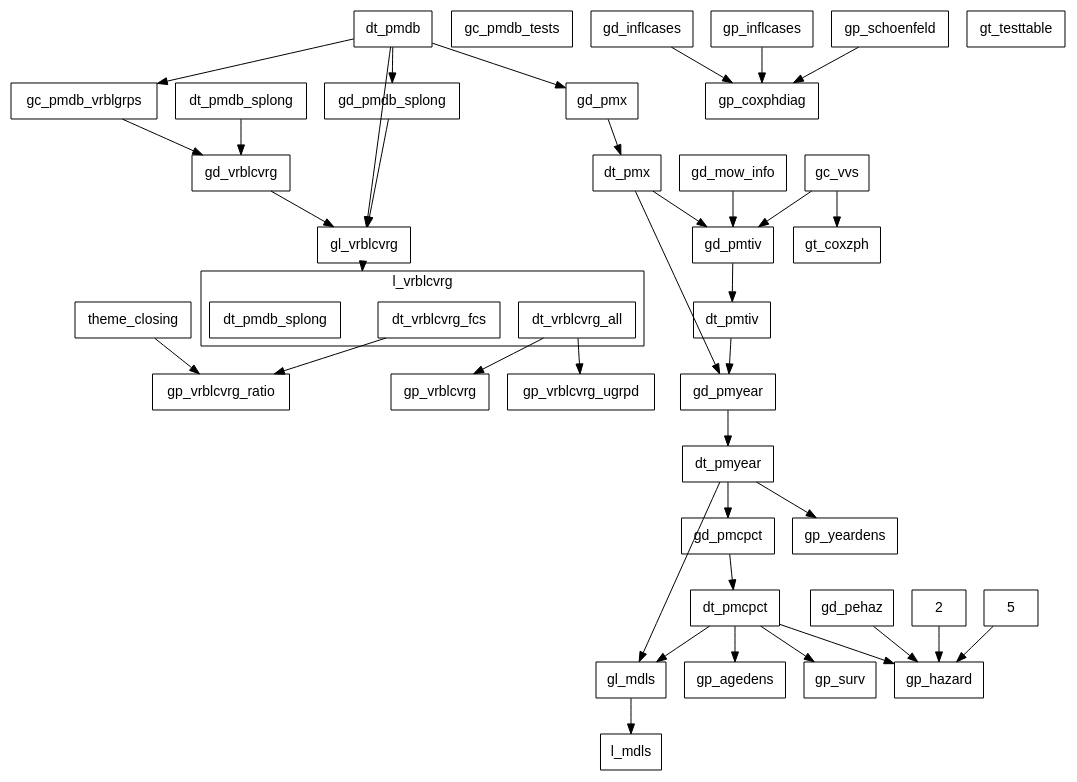
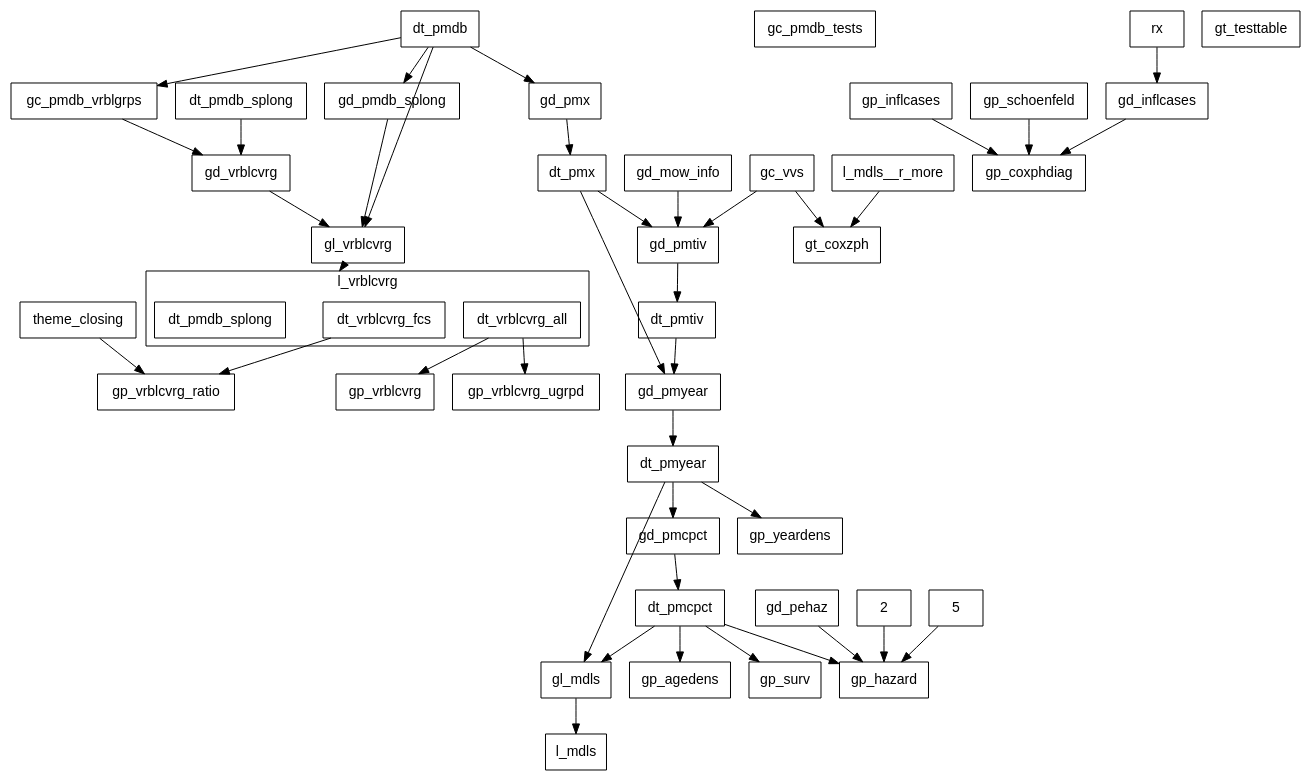
Before and after one commit to swhalemwo/pm_closing: the diagram in misc/callgraph2.dot, drawn with Graphviz. The commit also changed 1 other file, not shown here.

```diff
--- a/misc/callgraph2.dot
+++ b/misc/callgraph2.dot
@@ -1,86 +1,90 @@
 digraph D {
  compound = true;
  splines = false; fontname=helvetica;
  node [shape=box, fontsize = 14, fontname=helvetica];
  edge [style = solid];
  
  subgraph cluster_l_vrblcvrg {
  label = "l_vrblcvrg";
  l_vrblcvrg__dt_vrblcvrg_all [label=dt_vrblcvrg_all]; 
 l_vrblcvrg__dt_vrblcvrg_fcs [label=dt_vrblcvrg_fcs]; 
 l_vrblcvrg [label = "", color=transparent, width=0, height=0]; 
 l_vrblcvrg__dt_pmdb_splong [label=dt_pmdb_splong] 
 } 
  gc_pmdb_tests; 
 gc_pmdb_vrblgrps; 
 gc_vvs; 
 gd_inflcases; 
 gd_mow_info; 
 gd_pehaz; 
 gd_pmcpct; 
 gd_pmdb_splong; 
 gd_pmtiv; 
 gd_pmx; 
 gd_pmyear; 
 gd_vrblcvrg; 
 gl_mdls; 
 gl_vrblcvrg; 
 gp_agedens; 
 gp_coxphdiag; 
 gp_hazard; 
 gp_inflcases; 
 gp_schoenfeld; 
 gp_surv; 
 gp_vrblcvrg; 
 gp_vrblcvrg_ratio; 
 gp_vrblcvrg_ugrpd; 
 gp_yeardens; 
 gt_coxzph; 
 gt_testtable; 
 theme_closing; 
 dt_pmdb; 
 dt_pmdb_splong; 
 dt_pmx; 
 dt_pmtiv; 
 dt_pmyear; 
 dt_pmcpct; 
 2; 
 5; 
+l_mdls__r_more; 
+rx; 
 l_mdls 
  2 -> gp_hazard; 
 5 -> gp_hazard; 
 dt_pmcpct -> gl_mdls; 
 dt_pmcpct -> gp_agedens; 
 dt_pmcpct -> gp_hazard; 
 dt_pmcpct -> gp_surv; 
 dt_pmdb -> gc_pmdb_vrblgrps; 
 dt_pmdb -> gd_pmdb_splong; 
 dt_pmdb -> gd_pmx; 
 dt_pmdb -> gl_vrblcvrg; 
 dt_pmdb_splong -> gd_vrblcvrg; 
 dt_pmtiv -> gd_pmyear; 
 dt_pmx -> gd_pmtiv; 
 dt_pmx -> gd_pmyear; 
 dt_pmyear -> gd_pmcpct; 
 dt_pmyear -> gl_mdls; 
 dt_pmyear -> gp_yeardens; 
 gc_pmdb_vrblgrps -> gd_vrblcvrg; 
 gc_vvs -> gd_pmtiv; 
 gc_vvs -> gt_coxzph; 
 gd_inflcases -> gp_coxphdiag; 
 gd_mow_info -> gd_pmtiv; 
 gd_pehaz -> gp_hazard; 
 gd_pmcpct -> dt_pmcpct; 
 gd_pmdb_splong -> gl_vrblcvrg; 
 gd_pmtiv -> dt_pmtiv; 
 gd_pmx -> dt_pmx; 
 gd_pmyear -> dt_pmyear; 
 gd_vrblcvrg -> gl_vrblcvrg; 
 gl_mdls -> l_mdls; 
 gl_vrblcvrg -> l_vrblcvrg[lhead=cluster_l_vrblcvrg,ltail=gl_vrblcvrg]; 
 gp_inflcases -> gp_coxphdiag; 
 gp_schoenfeld -> gp_coxphdiag; 
+l_mdls__r_more -> gt_coxzph; 
 l_vrblcvrg__dt_vrblcvrg_all -> gp_vrblcvrg; 
 l_vrblcvrg__dt_vrblcvrg_all -> gp_vrblcvrg_ugrpd; 
 l_vrblcvrg__dt_vrblcvrg_fcs -> gp_vrblcvrg_ratio; 
+rx -> gd_inflcases; 
 theme_closing -> gp_vrblcvrg_ratio }
```
